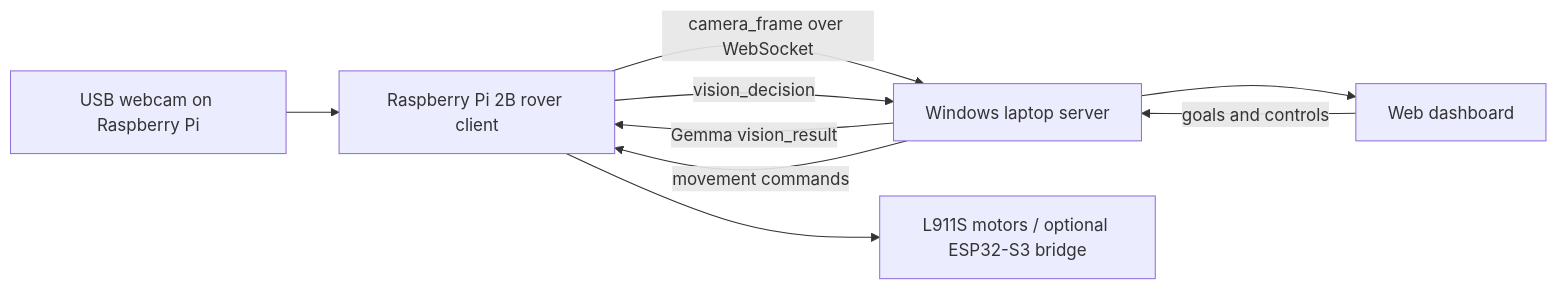
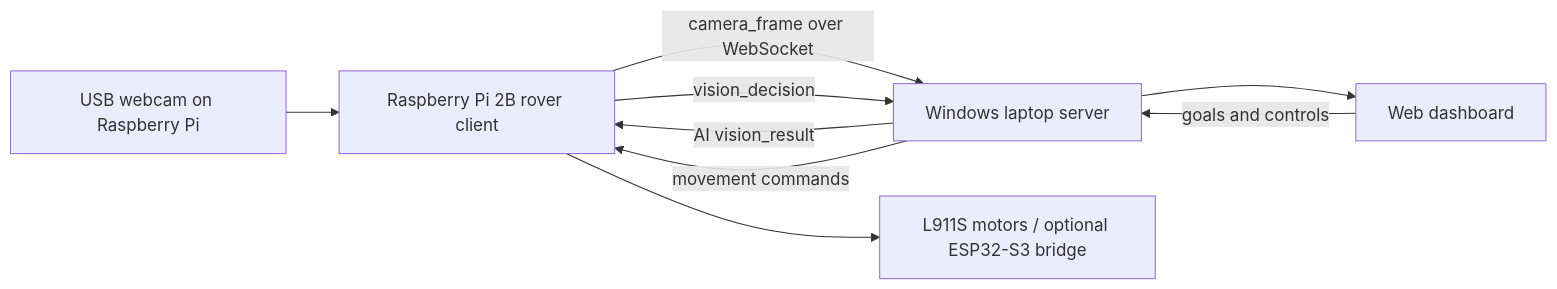
The diagram in README.md (Catkartikwastaken/Stasis), drawn with Mermaid before and after one commit. The commit also changed other lines of this file and 10 other files, not shown here.

````diff
--- a/README.md
+++ b/README.md
@@ -21,11 +21,11 @@
 ```mermaid
 flowchart LR
     Camera["USB webcam on Raspberry Pi"] --> Pi["Raspberry Pi 2B rover client"]
     Pi -->|"camera_frame over WebSocket"| Server["Windows laptop server"]
-    Server -->|"Gemma vision_result"| Pi
+    Server -->|"AI vision_result"| Pi
     Pi -->|"vision_decision"| Server
     Server --> Dashboard["Web dashboard"]
     Dashboard -->|"goals and controls"| Server
     Server -->|"movement commands"| Pi
     Pi --> Motors["L911S motors / optional ESP32-S3 bridge"]
 ```
````
